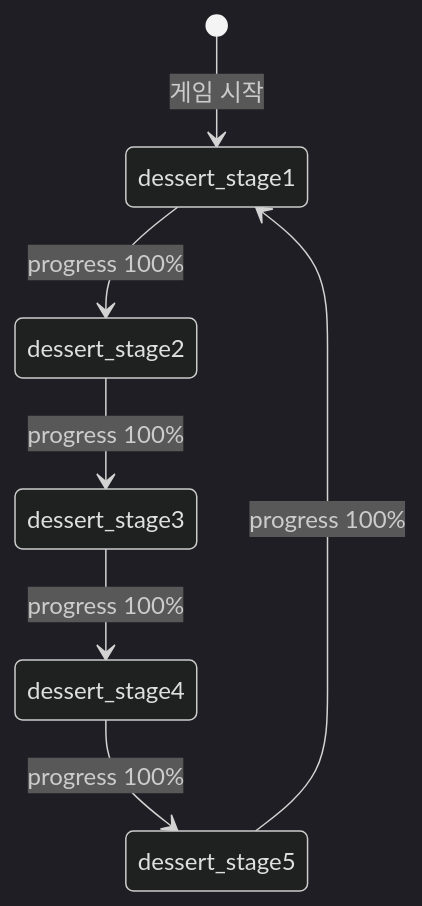
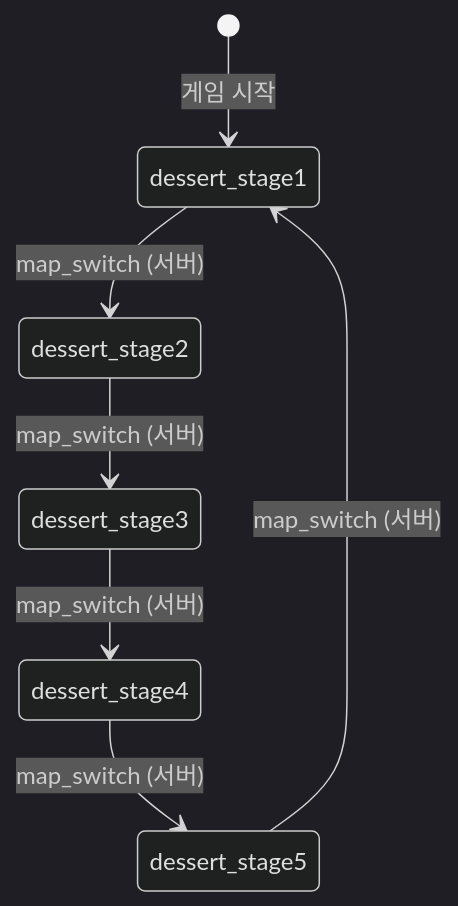
Before and after one commit to boostcampwm2025/web19-estrogenquattro: the third of 4 diagrams in docs/architecture/GAME_ENGINE.md, drawn with Mermaid (dark theme). The commit also changed other lines of this file and 15 other files, not shown here.

````diff
--- a/docs/architecture/GAME_ENGINE.md
+++ b/docs/architecture/GAME_ENGINE.md
@@ -258,15 +258,15 @@
 ```mermaid
 stateDiagram-v2
     Stage1: dessert_stage1
     Stage2: dessert_stage2
     Stage3: dessert_stage3
     Stage4: dessert_stage4
     Stage5: dessert_stage5
 
     [*] --> Stage1: 게임 시작
-    Stage1 --> Stage2: progress 100%
-    Stage2 --> Stage3: progress 100%
-    Stage3 --> Stage4: progress 100%
-    Stage4 --> Stage5: progress 100%
-    Stage5 --> Stage1: progress 100%
+    Stage1 --> Stage2: map_switch (서버)
+    Stage2 --> Stage3: map_switch (서버)
+    Stage3 --> Stage4: map_switch (서버)
+    Stage4 --> Stage5: map_switch (서버)
+    Stage5 --> Stage1: map_switch (서버)
 ```
````
